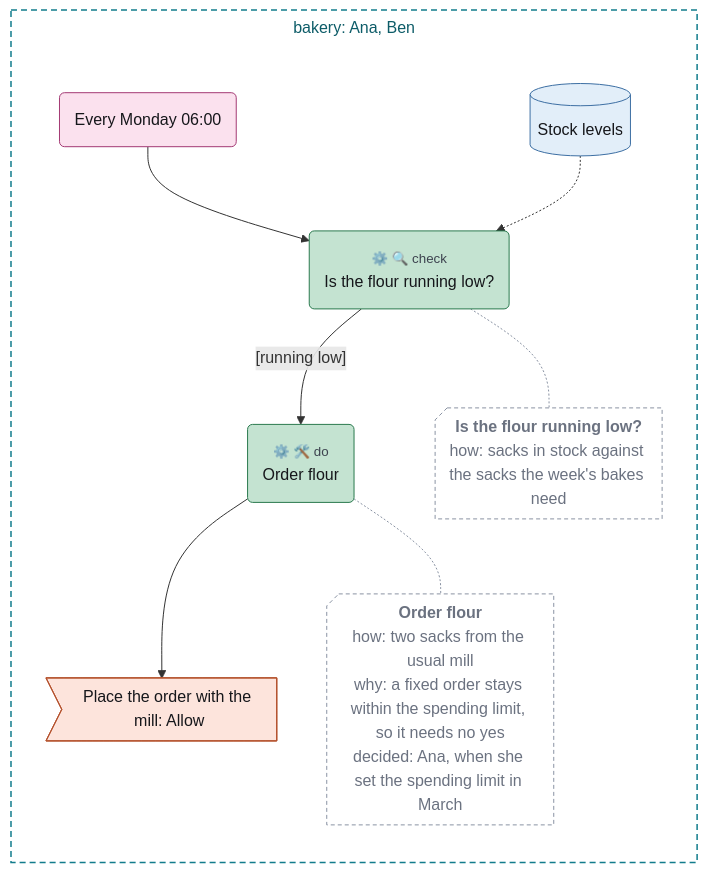
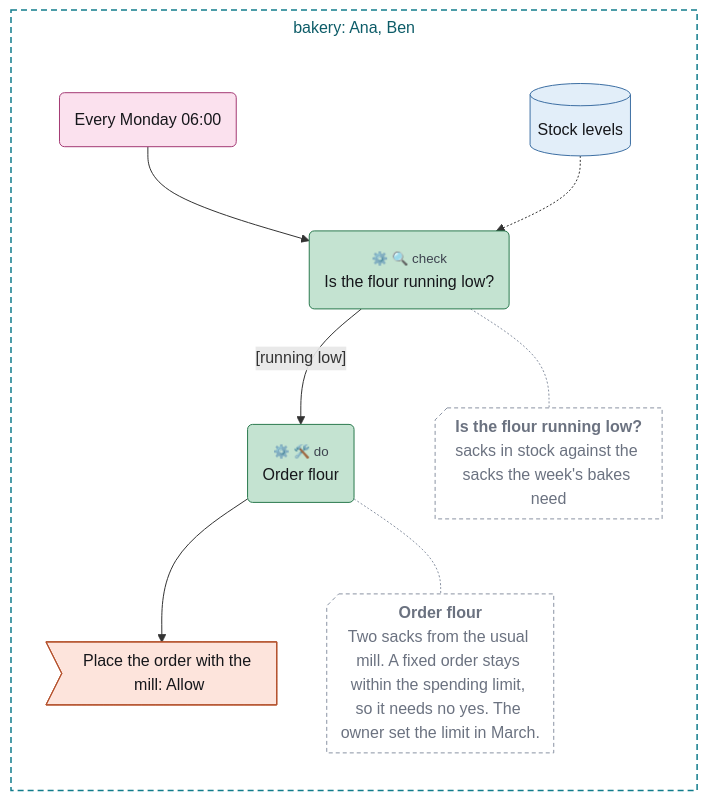
The diagram in examples/tour/18-title-and-detail-detail.mmd (chrismdp/awml), drawn with Mermaid before and after one commit. The commit also changed 29 other files, not shown here.

```diff
--- a/examples/tour/18-title-and-detail-detail.mmd
+++ b/examples/tour/18-title-and-detail-detail.mmd
@@ -1,44 +1,44 @@
 ---
 config:
   theme: default
   fontFamily: Inter, sans-serif
   flowchart:
     useMaxWidth: false
     subGraphTitleMargin:
       top: 6
       bottom: 30
 ---
 flowchart TB
   subgraph bakery["bakery#58; Ana#44; Ben"]
     direction TB
     monday("Every Monday 06#58;00")
     stock[("Stock levels")]
     check("<small style='color:rgb(61,67,79)'>⚙️ 🔍 check</small><br>Is the flour running low#63;")
     order("<small style='color:rgb(61,67,79)'>⚙️ 🛠️ do</small><br>Order flour")
     mill>"Place the order with the mill#58; Allow"]
-    check_detail@{ shape: notch-rect, label: "<b>Is the flour running low#63;</b><br>how: sacks in stock against the sacks the week#39;s bakes need" }
-    order_detail@{ shape: notch-rect, label: "<b>Order flour</b><br>how: two sacks from the usual mill<br>why: a fixed order stays within the spending limit#44; so it needs no yes<br>decided: Ana#44; when she set the spending limit in March" }
+    check_detail@{ shape: notch-rect, label: "<b>Is the flour running low#63;</b><br>sacks in stock against the sacks the week#39;s bakes need" }
+    order_detail@{ shape: notch-rect, label: "<b>Order flour</b><br>Two sacks from the usual mill#46; A fixed order stays within the spending limit#44; so it needs no yes#46; The owner set the limit in March#46;" }
   end
 
   monday --> check
   stock -.-> check
   check -->|"#91;running low#93;"| order
   order --> mill
   check -.- check_detail
   order -.- order_detail
   classDef trig fill:#fbe1ee,stroke:#a33a74,color:#16171b
   classDef ctx fill:#e2eef9,stroke:#3d6fa3,color:#16171b
   classDef con fill:#eceef2,stroke:#5d6472,color:#16171b
   classDef surf fill:#ffffff,stroke:#2a2d35,stroke-width:1.5px,color:#16171b
   classDef out fill:#fde4dc,stroke:#b5532f,color:#16171b
   classDef ai fill:#cdd3fb,stroke:#3b4bb0,color:#16171b
   classDef code fill:#c4e3d1,stroke:#2b7a4f,color:#16171b
   classDef person fill:#f7d79a,stroke:#9a6100,color:#16171b
   classDef gap fill:#ffffff,stroke:#8a93a3,stroke-dasharray:4 3,color:#6b7280
   class monday trig
   class stock ctx
   class mill out
   class check,order code
   class check_detail,order_detail gap
   style bakery fill:transparent,stroke:#127c8c,stroke-width:1.5px,stroke-dasharray:6 4,color:#0d5c68
   linkStyle 4,5 stroke:#8a93a3
```
